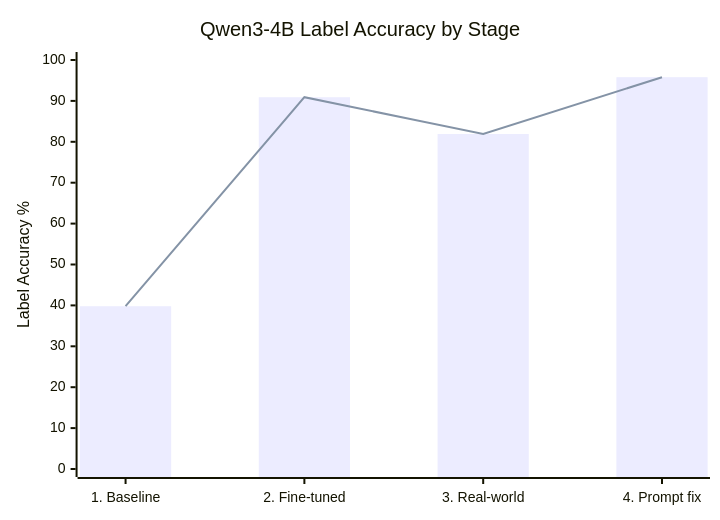
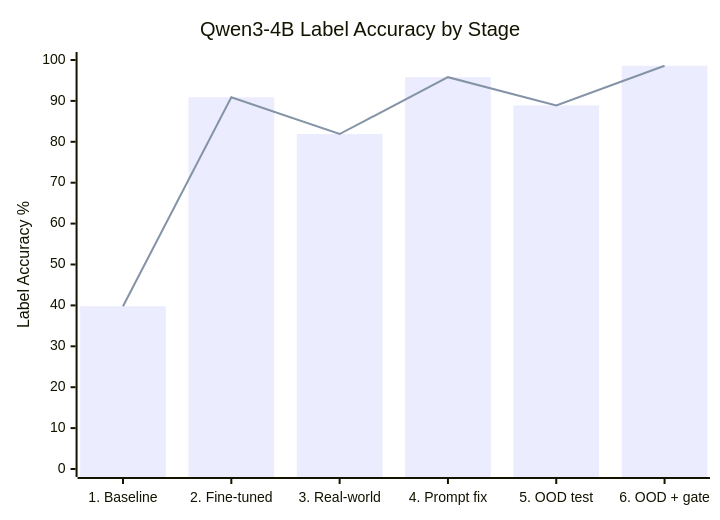
One commit to FaisalFehad/llm_eval_harness changed the diagram in README.md. Above: the diagram before and after it, drawn with Mermaid. The commit also changed other lines of this file and 6 other files, not shown here.

Commit message:
OOD and small prompt tunring with new data

````diff
--- a/README.md
+++ b/README.md
@@ -27,8 +28,8 @@
 ```mermaid
 xychart-beta
     title "Qwen3-4B Label Accuracy by Stage"
-    x-axis ["1. Baseline", "2. Fine-tuned", "3. Real-world", "4. Prompt fix"]
+    x-axis ["1. Baseline", "2. Fine-tuned", "3. Real-world", "4. Prompt fix", "5. OOD test", "6. OOD + gate"]
     y-axis "Label Accuracy %" 0 --> 100
-    bar [39.8, 90.9, 81.9, 95.8]
-    line [39.8, 90.9, 81.9, 95.8]
+    bar [39.8, 90.9, 81.9, 95.8, 88.9, 98.6]
+    line [39.8, 90.9, 81.9, 95.8, 88.9, 98.6]
 ```
````
